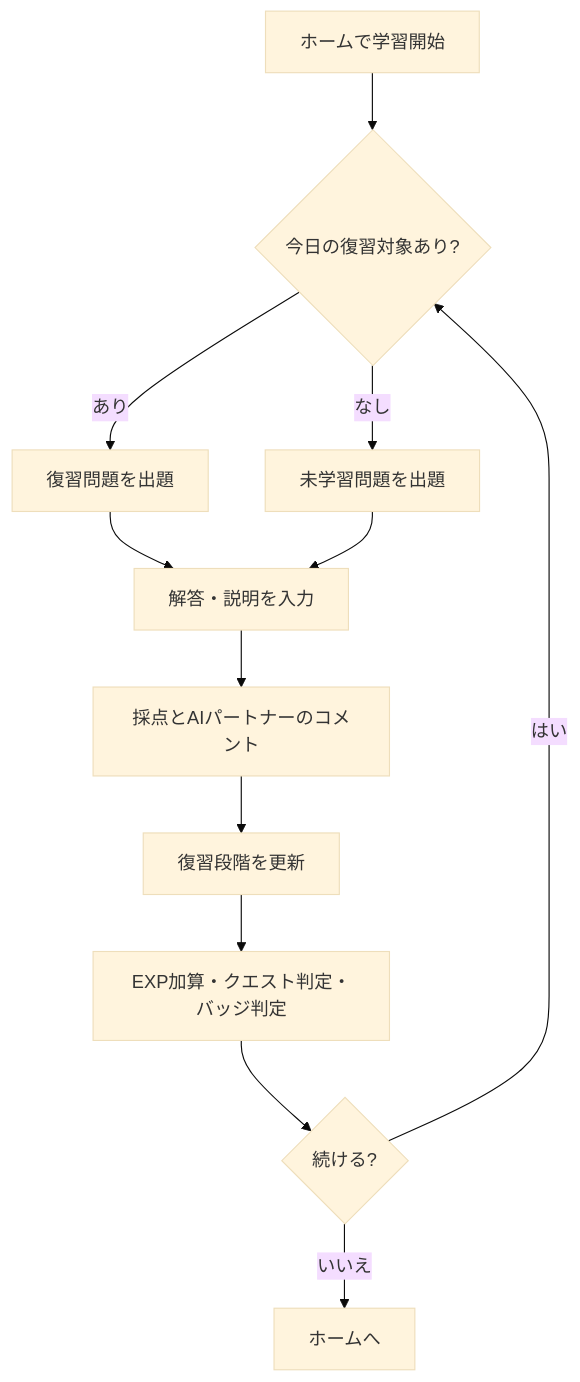
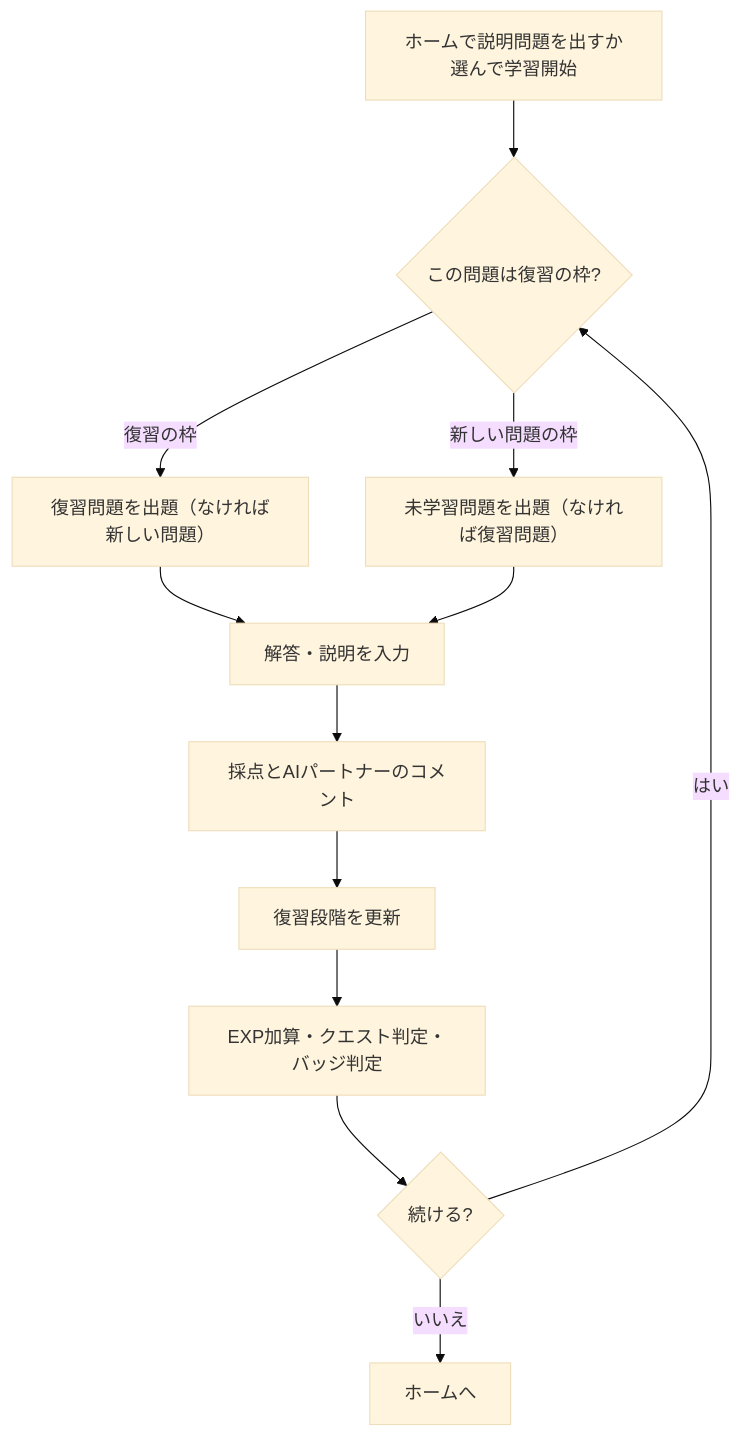
Before and after one commit to pocarialice/rpglearning: the ninth of 12 diagrams in documents/要件定義書_RPG学習アプリ.md, drawn with Mermaid (base theme). The commit also changed other lines of this file and 34 other files, not shown here.

````diff
--- a/documents/要件定義書_RPG学習アプリ.md
+++ b/documents/要件定義書_RPG学習アプリ.md
@@ -371,14 +390,14 @@
 ```mermaid
 flowchart TD
-  A[ホームで学習開始] --> B{今日の復習対象あり?}
-  B -->|あり| C[復習問題を出題]
-  B -->|なし| D[未学習問題を出題]
+  A[ホームで説明問題を出すか選んで学習開始] --> B{この問題は復習の枠?}
+  B -->|復習の枠| C[復習問題を出題（なければ新しい問題）]
+  B -->|新しい問題の枠| D[未学習問題を出題（なければ復習問題）]
   C --> E[解答・説明を入力]
   D --> E
   E --> F[採点とAIパートナーのコメント]
   F --> G[復習段階を更新]
   G --> H[EXP加算・クエスト判定・バッジ判定]
   H --> I{続ける?}
   I -->|はい| B
   I -->|いいえ| J[ホームへ]
 ```
````
